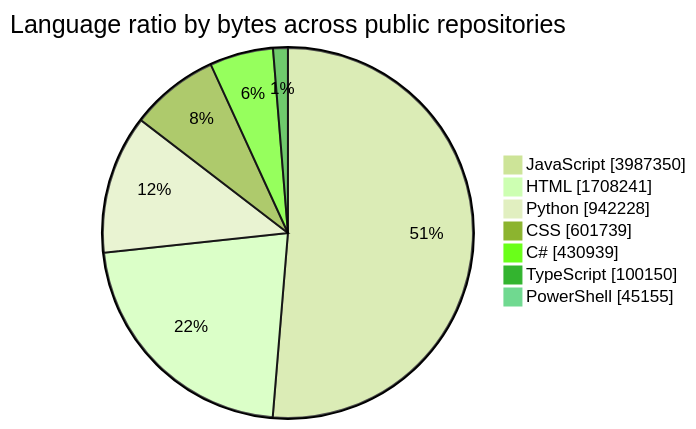
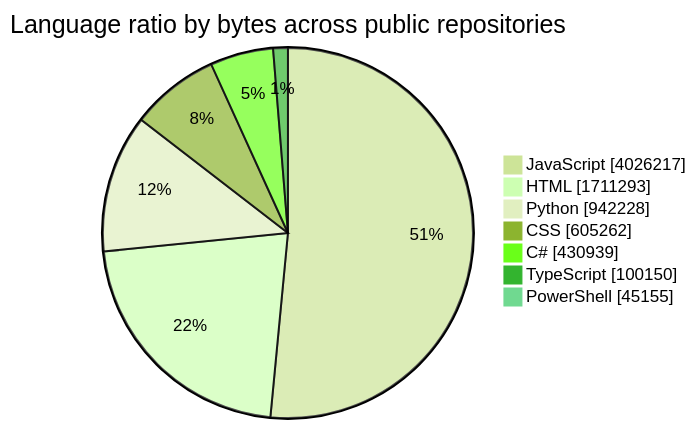
Before and after one commit to tchinso/tchinso: the first of 2 diagrams in README.md, drawn with Mermaid (forest theme). The commit also changed other lines of this file, not shown here.

````diff
--- a/README.md
+++ b/README.md
@@ -24,11 +24,11 @@
 ```mermaid
 pie showData
     title Language ratio by bytes across public repositories
-    "JavaScript" : 3987350
-    "HTML" : 1708241
+    "JavaScript" : 4026217
+    "HTML" : 1711293
     "Python" : 942228
-    "CSS" : 601739
+    "CSS" : 605262
     "C#" : 430939
     "TypeScript" : 100150
     "PowerShell" : 45155
 ```
````
